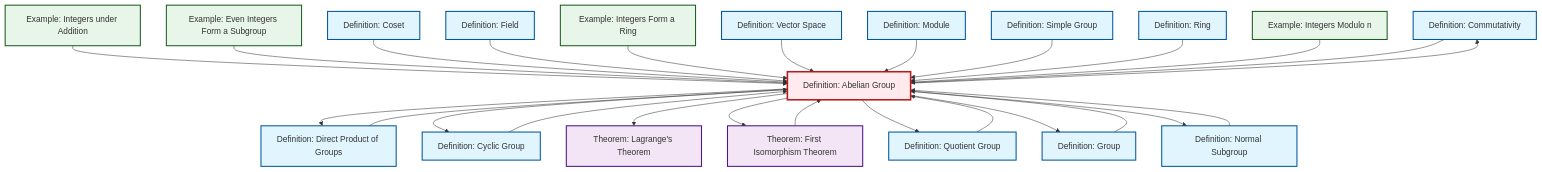
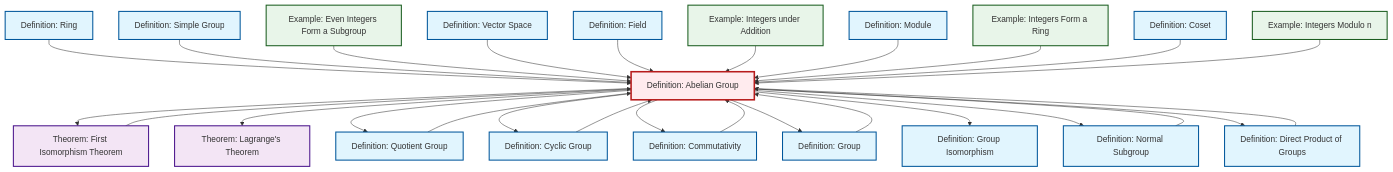
Before and after one commit to RK0429/ModernMath: the diagram in content/ja/algebra/def-abelian-group.qmd, drawn with Mermaid. The commit also changed other lines of this file and 581 other files, not shown here.

````diff
--- a/content/ja/algebra/def-abelian-group.qmd
+++ b/content/ja/algebra/def-abelian-group.qmd
@@ -103,72 +104,75 @@
 ```{mermaid}
 %%| fig-cap: "Local dependency graph"
 graph TD
     classDef definition fill:#e1f5fe,stroke:#01579b,stroke-width:2px
     classDef theorem fill:#f3e5f5,stroke:#4a148c,stroke-width:2px
     classDef axiom fill:#fff3e0,stroke:#e65100,stroke-width:2px
     classDef example fill:#e8f5e9,stroke:#1b5e20,stroke-width:2px
     classDef current fill:#ffebee,stroke:#b71c1c,stroke-width:3px
+    def-module["Definition: Module"]:::definition
+    def-ring["Definition: Ring"]:::definition
+    thm-lagrange["Theorem: Lagrange's Theorem"]:::theorem
+    def-abelian-group["Definition: Abelian Group"]:::definition
+    def-isomorphism["Definition: Group Isomorphism"]:::definition
+    def-cyclic-group["Definition: Cyclic Group"]:::definition
+    def-field["Definition: Field"]:::definition
     def-commutativity["Definition: Commutativity"]:::definition
-    def-module["Definition: Module"]:::definition
+    def-vector-space["Definition: Vector Space"]:::definition
     ex-integers-addition["Example: Integers under Addition"]:::example
-    thm-lagrange["Theorem: Lagrange's Theorem"]:::theorem
-    ex-quotient-integers-mod-n["Example: Integers Modulo n"]:::example
-    def-cyclic-group["Definition: Cyclic Group"]:::definition
+    ex-even-integers-subgroup["Example: Even Integers Form a Subgroup"]:::example
+    thm-first-isomorphism["Theorem: First Isomorphism Theorem"]:::theorem
+    def-simple-group["Definition: Simple Group"]:::definition
     def-group["Definition: Group"]:::definition
-    def-quotient-group["Definition: Quotient Group"]:::definition
-    def-field["Definition: Field"]:::definition
-    def-abelian-group["Definition: Abelian Group"]:::definition
-    def-coset["Definition: Coset"]:::definition
-    thm-first-isomorphism["Theorem: First Isomorphism Theorem"]:::theorem
-    def-ring["Definition: Ring"]:::definition
-    def-direct-product["Definition: Direct Product of Groups"]:::definition
-    def-vector-space["Definition: Vector Space"]:::definition
-    ex-even-integers-subgroup["Example: Even Integers Form a Subgroup"]:::example
-    def-simple-group["Definition: Simple Group"]:::definition
     ex-integers-ring["Example: Integers Form a Ring"]:::example
     def-normal-subgroup["Definition: Normal Subgroup"]:::definition
+    def-direct-product["Definition: Direct Product of Groups"]:::definition
+    def-quotient-group["Definition: Quotient Group"]:::definition
+    def-coset["Definition: Coset"]:::definition
+    ex-quotient-integers-mod-n["Example: Integers Modulo n"]:::example
+    def-ring --> def-abelian-group
+    def-abelian-group --> thm-first-isomorphism
+    def-abelian-group --> thm-lagrange
+    def-abelian-group --> def-quotient-group
+    def-simple-group --> def-abelian-group
+    def-commutativity --> def-abelian-group
+    def-abelian-group --> def-cyclic-group
+    ex-even-integers-subgroup --> def-abelian-group
     def-abelian-group --> def-commutativity
+    def-cyclic-group --> def-abelian-group
+    def-abelian-group --> def-group
     def-normal-subgroup --> def-abelian-group
+    def-vector-space --> def-abelian-group
+    def-field --> def-abelian-group
+    thm-first-isomorphism --> def-abelian-group
     ex-integers-addition --> def-abelian-group
-    ex-even-integers-subgroup --> def-abelian-group
+    def-group --> def-abelian-group
+    def-quotient-group --> def-abelian-group
+    def-abelian-group --> def-isomorphism
+    def-module --> def-abelian-group
+    ex-integers-ring --> def-abelian-group
+    def-abelian-group --> def-normal-subgroup
+    def-direct-product --> def-abelian-group
     def-coset --> def-abelian-group
+    ex-quotient-integers-mod-n --> def-abelian-group
     def-abelian-group --> def-direct-product
-    def-field --> def-abelian-group
-    ex-integers-ring --> def-abelian-group
-    def-vector-space --> def-abelian-group
-    def-abelian-group --> def-cyclic-group
-    def-abelian-group --> thm-lagrange
-    def-cyclic-group --> def-abelian-group
-    def-abelian-group --> thm-first-isomorphism
-    def-module --> def-abelian-group
-    def-group --> def-abelian-group
-    def-simple-group --> def-abelian-group
-    thm-first-isomorphism --> def-abelian-group
-    def-ring --> def-abelian-group
-    def-abelian-group --> def-quotient-group
-    def-direct-product --> def-abelian-group
-    ex-quotient-integers-mod-n --> def-abelian-group
-    def-abelian-group --> def-group
-    def-commutativity --> def-abelian-group
-    def-abelian-group --> def-normal-subgroup
-    def-quotient-group --> def-abelian-group
     class def-abelian-group current
+    click def-module "def-module.html" "Definition: Moduleへ"
+    click def-ring "def-ring.html" "Definition: Ringへ"
+    click thm-lagrange "thm-lagrange.html" "Theorem: Lagrange's Theoremへ"
+    click def-isomorphism "def-isomorphism.html" "Definition: Group Isomorphismへ"
+    click def-cyclic-group "def-cyclic-group.html" "Definition: Cyclic Groupへ"
+    click def-field "def-field.html" "Definition: Fieldへ"
     click def-commutativity "def-commutativity.html" "Definition: Commutativityへ"
-    click def-module "def-module.html" "Definition: Moduleへ"
+    click def-vector-space "def-vector-space.html" "Definition: Vector Spaceへ"
     click ex-integers-addition "ex-integers-addition.html" "Example: Integers under Additionへ"
-    click thm-lagrange "thm-lagrange.html" "Theorem: Lagrange's Theoremへ"
-    click ex-quotient-integers-mod-n "ex-quotient-integers-mod-n.html" "Example: Integers Modulo nへ"
-    click def-cyclic-group "def-cyclic-group.html" "Definition: Cyclic Groupへ"
+    click ex-even-integers-subgroup "ex-even-integers-subgroup.html" "Example: Even Integers Form a Subgroupへ"
+    click thm-first-isomorphism "thm-first-isomorphism.html" "Theorem: First Isomorphism Theoremへ"
+    click def-simple-group "def-simple-group.html" "Definition: Simple Groupへ"
     click def-group "def-group.html" "Definition: Groupへ"
-    click def-quotient-group "def-quotient-group.html" "Definition: Quotient Groupへ"
-    click def-field "def-field.html" "Definition: Fieldへ"
-    click def-coset "def-coset.html" "Definition: Cosetへ"
-    click thm-first-isomorphism "thm-first-isomorphism.html" "Theorem: First Isomorphism Theoremへ"
-    click def-ring "def-ring.html" "Definition: Ringへ"
-    click def-direct-product "def-direct-product.html" "Definition: Direct Product of Groupsへ"
-    click def-vector-space "def-vector-space.html" "Definition: Vector Spaceへ"
-    click ex-even-integers-subgroup "ex-even-integers-subgroup.html" "Example: Even Integers Form a Subgroupへ"
-    click def-simple-group "def-simple-group.html" "Definition: Simple Groupへ"
     click ex-integers-ring "ex-integers-ring.html" "Example: Integers Form a Ringへ"
     click def-normal-subgroup "def-normal-subgroup.html" "Definition: Normal Subgroupへ"
+    click def-direct-product "def-direct-product.html" "Definition: Direct Product of Groupsへ"
+    click def-quotient-group "def-quotient-group.html" "Definition: Quotient Groupへ"
+    click def-coset "def-coset.html" "Definition: Cosetへ"
+    click ex-quotient-integers-mod-n "ex-quotient-integers-mod-n.html" "Example: Integers Modulo nへ"
 ```
````
